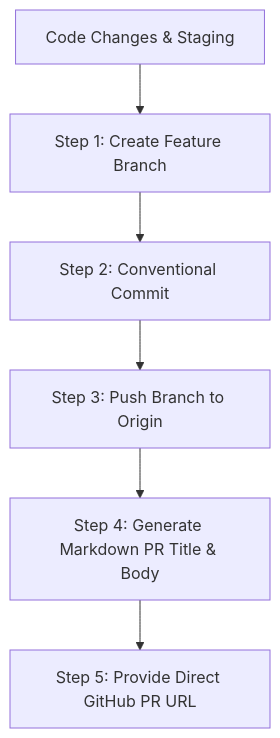
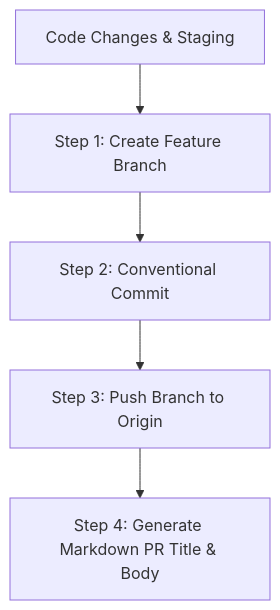
One commit to GMD-Repository/gemma-plugin changed the diagram in .agents/skills/github-pr-generator/SKILL.md. Above: the diagram before and after it, drawn with Mermaid. The commit also changed other lines of this file, not shown here.

Commit message:
docs(skills): remove direct GitHub PR link generation step from github-pr-generator skill

````diff
--- a/.agents/skills/github-pr-generator/SKILL.md
+++ b/.agents/skills/github-pr-generator/SKILL.md
@@ -14,8 +14,7 @@
 ```mermaid
 graph TD
     A[Code Changes & Staging] --> B[Step 1: Create Feature Branch]
     B --> C[Step 2: Conventional Commit]
     C --> D[Step 3: Push Branch to Origin]
     D --> E[Step 4: Generate Markdown PR Title & Body]
-    E --> F[Step 5: Provide Direct GitHub PR URL]
 ```
````
